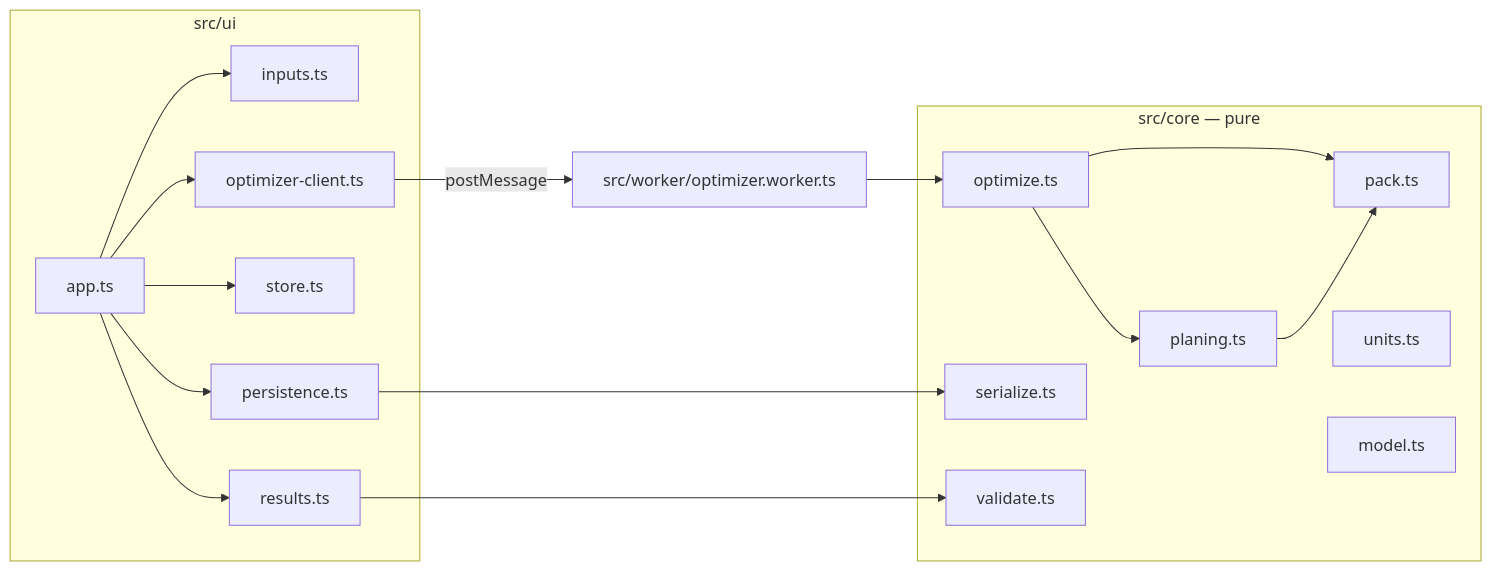
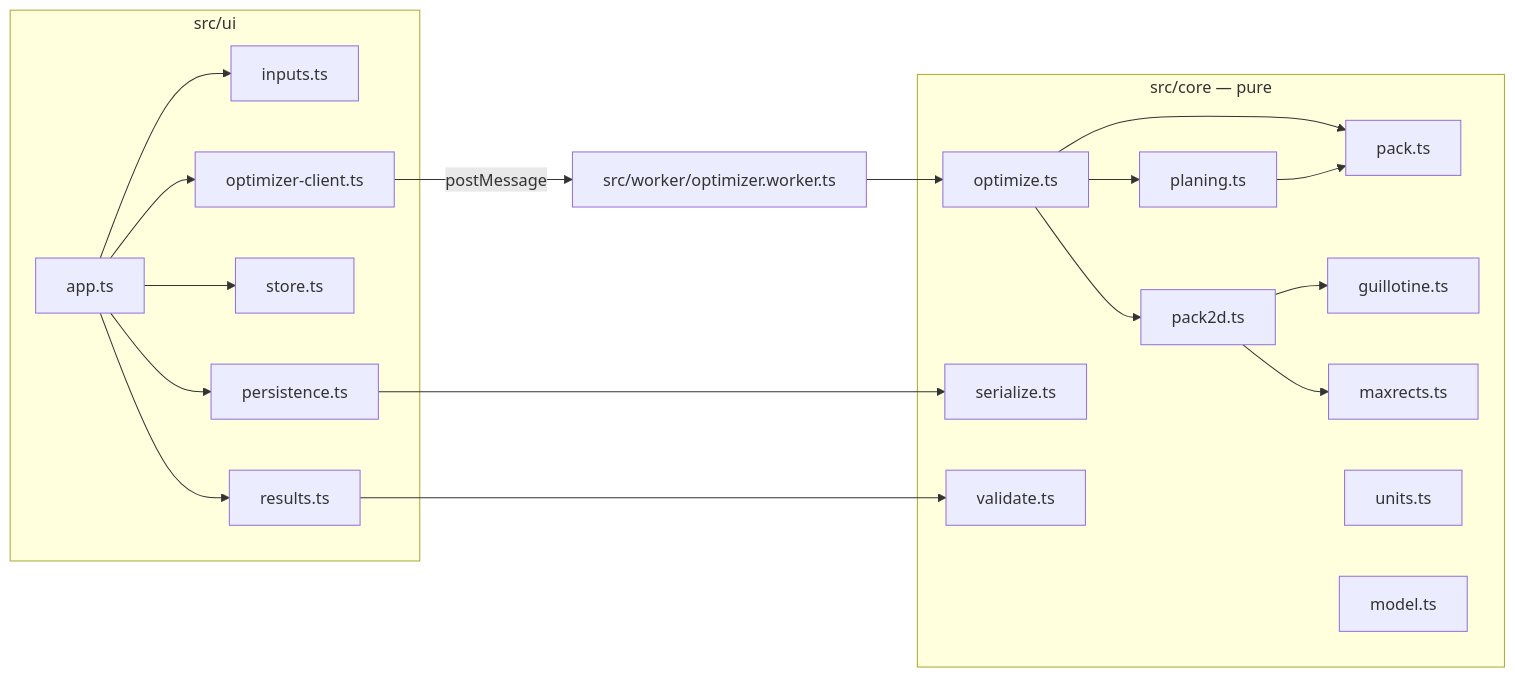
One commit to brianfroelund/cutlist changed the diagram in docs/ARCHITECTURE.md. Above: the diagram before and after it, drawn with Mermaid. The commit also changed other lines of this file and 47 other files, not shown here.

````diff
--- a/docs/ARCHITECTURE.md
+++ b/docs/ARCHITECTURE.md
@@ -3,22 +3,25 @@
 ```mermaid
 flowchart LR
   subgraph UI [src/ui]
     App[app.ts] --> Inputs[inputs.ts]
     App --> Results[results.ts]
     App --> Store[store.ts]
     App --> Persist[persistence.ts]
     App --> Client[optimizer-client.ts]
   end
   Client -- postMessage --> Worker[src/worker/optimizer.worker.ts]
   Worker --> Optimize
   subgraph Core [src/core — pure]
     Optimize[optimize.ts] --> Pack[pack.ts]
+    Optimize --> Pack2D[pack2d.ts]
+    Pack2D --> Guillotine[guillotine.ts]
+    Pack2D --> MaxRects[maxrects.ts]
     Optimize --> Planing[planing.ts] --> Pack
     Serialize[serialize.ts]
     Units[units.ts]
     Model[model.ts]
     Validate[validate.ts]
   end
   Persist --> Serialize
   Results --> Validate
 ```
````
